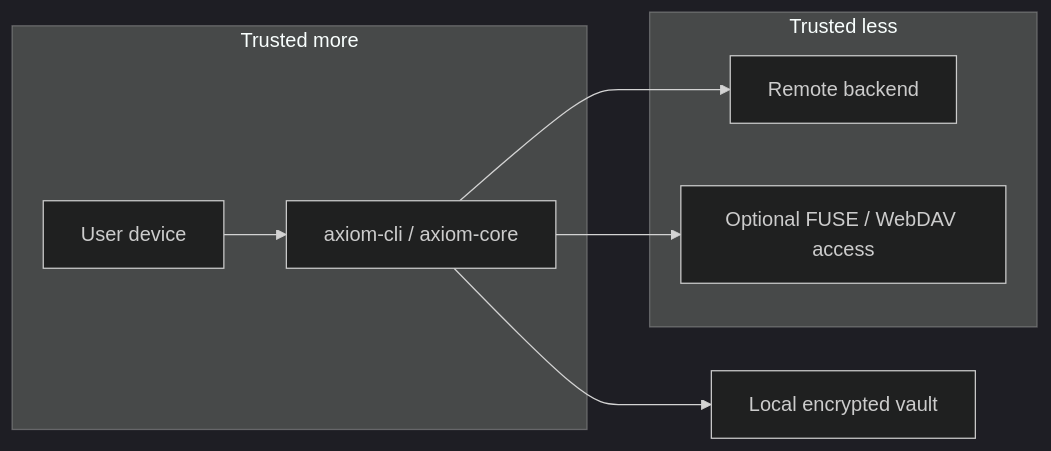
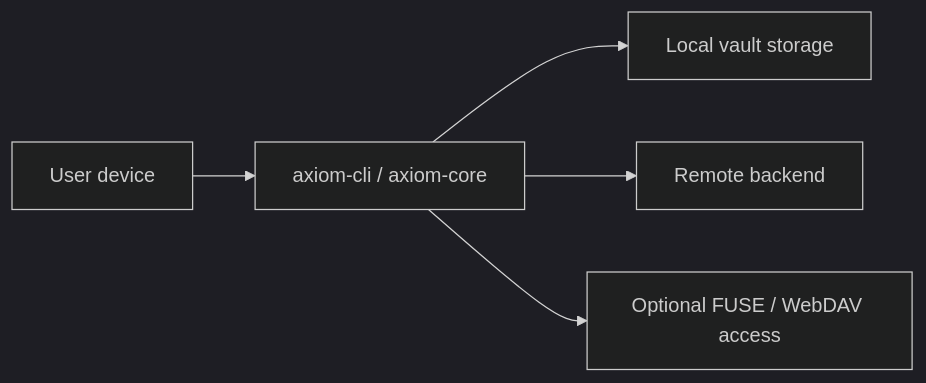
Before and after one commit to axiom-vault/axiom-vault.github.io: the diagram in src/threat-model.md, drawn with Mermaid (dark theme). The commit also changed other lines of this file and 8 other files, not shown here.

````diff
--- a/src/threat-model.md
+++ b/src/threat-model.md
@@ -28,17 +17,7 @@
 ```mermaid
 flowchart LR
     U[User device] --> C[axiom-cli / axiom-core]
-    C --> E[Local encrypted vault]
+    C --> E[Local vault storage]
     C --> R[Remote backend]
     C --> M[Optional FUSE / WebDAV access]
-
-    subgraph Trusted more
-      U
-      C
-    end
-
-    subgraph Trusted less
-      R
-      M
-    end
 ```
````
